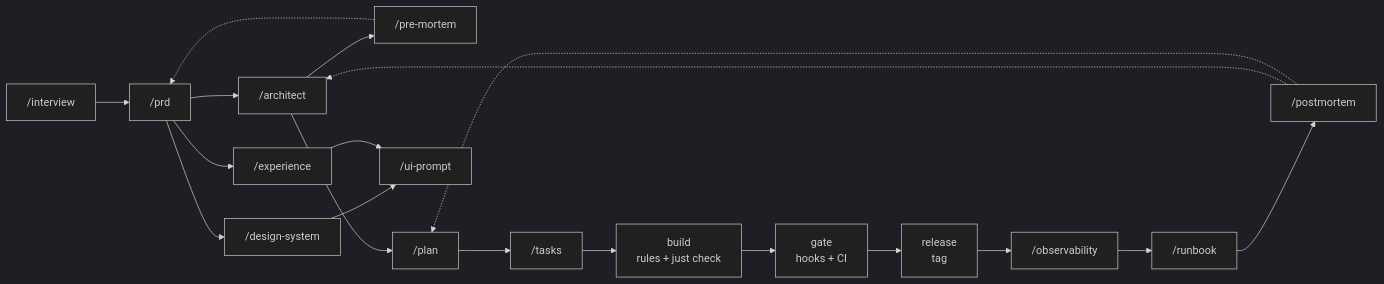
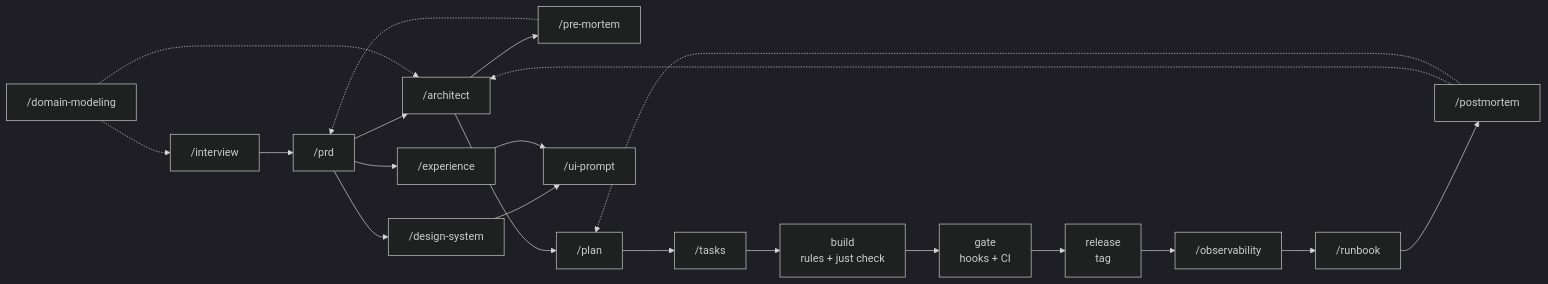
The diagram in README.md (dohrm/claude-rules), drawn with Mermaid (dark theme) before and after one commit. The commit also changed other lines of this file and 18 other files, not shown here.

````diff
--- a/README.md
+++ b/README.md
@@ -19,19 +19,21 @@
 ```mermaid
 flowchart LR
   I["/interview"] --> P["/prd"]
   P --> A["/architect"]
+  DM["/domain-modeling"] -.-> I
+  DM -.-> A
   A --> PM["/pre-mortem"]
   PM -.-> P
   A --> PL["/plan"]
   P --> DS["/design-system"] & EX["/experience"]
   DS & EX --> UP["/ui-prompt"]
   PL --> T["/tasks"]
   T --> B["build<br/>rules + just check"]
   B --> G["gate<br/>hooks + CI"]
   G --> R["release<br/>tag"]
   R --> O["/observability"]
   O --> RB["/runbook"]
   RB --> PMO["/postmortem"]
   PMO -.-> A
   PMO -.-> PL
 ```
````
